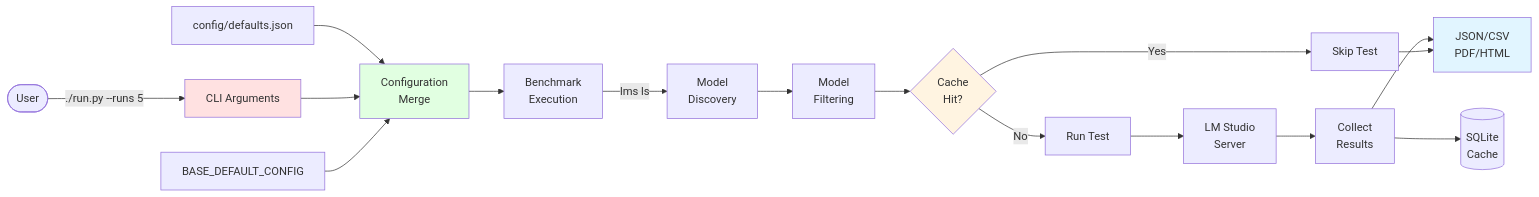
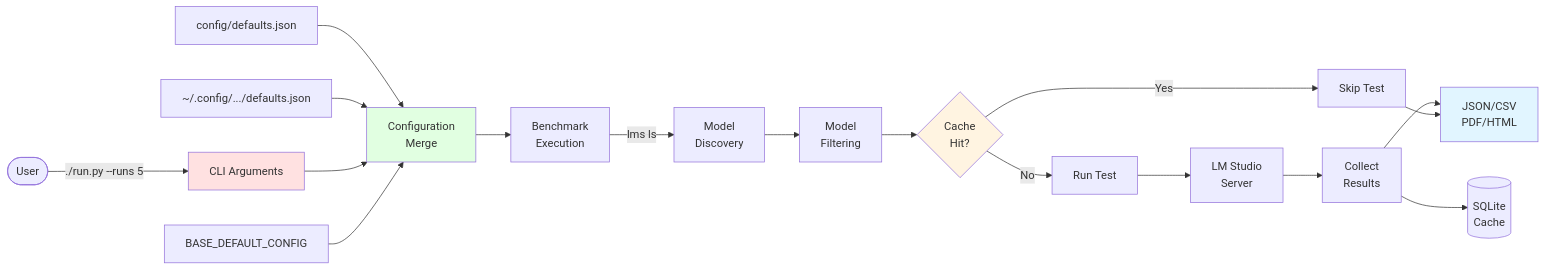
Before and after one commit to Ajimaru/LM-Studio-Bench: the tenth of 10 diagrams in docs/ARCHITECTURE.md, drawn with Mermaid. The commit also changed other lines of this file and 7 other files, not shown here.

````diff
--- a/docs/ARCHITECTURE.md
+++ b/docs/ARCHITECTURE.md
@@ -687,30 +694,31 @@
 ```mermaid
 graph LR
     User([User]) -->|./run.py --runs 5| CLI[CLI Arguments]
 
-    JSON[config/defaults.json] --> Config[Configuration<br/>Merge]
+    ProjJSON[config/defaults.json] --> Config[Configuration<br/>Merge]
+    UserJSON[~/.config/.../defaults.json] --> Config
     CLI --> Config
     Base[BASE_DEFAULT_CONFIG] --> Config
     
     Config --> Benchmark[Benchmark<br/>Execution]
     
     Benchmark -->|lms ls| Models[Model<br/>Discovery]
     Models --> Filter[Model<br/>Filtering]
     
     Filter --> Cache{Cache<br/>Hit?}
     Cache -->|Yes| Skip[Skip Test]
     Cache -->|No| Test[Run Test]
     
     Test --> LMStudio[LM Studio<br/>Server]
     LMStudio --> Results[Collect<br/>Results]
     
     Results --> DB[(SQLite<br/>Cache)]
     Results --> Reports[JSON/CSV<br/>PDF/HTML]
     
     Skip --> Reports
     
     style CLI fill:#ffe1e1
     style Config fill:#e1ffe1
     style Cache fill:#fff4e1
     style Reports fill:#e1f5ff
 ```
````
